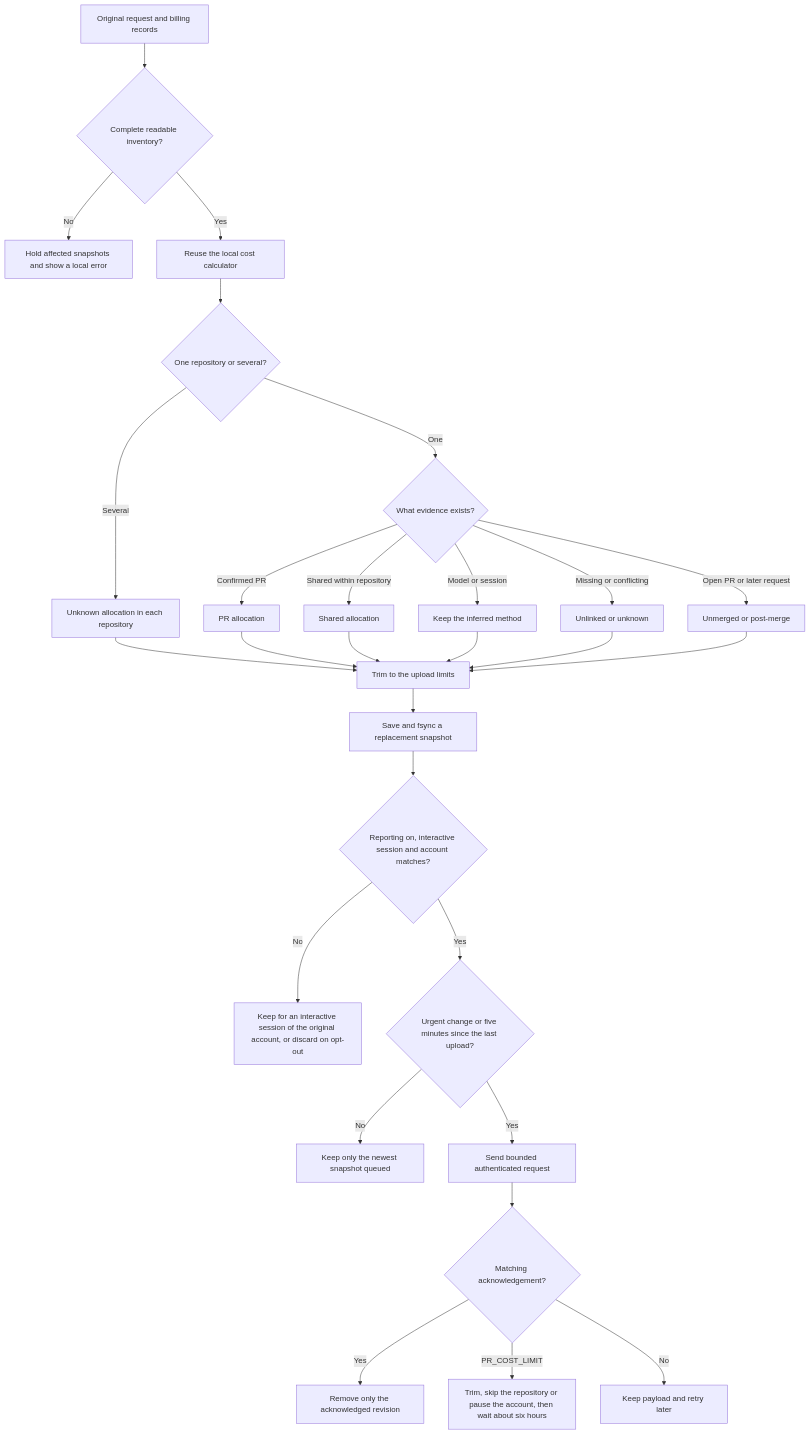
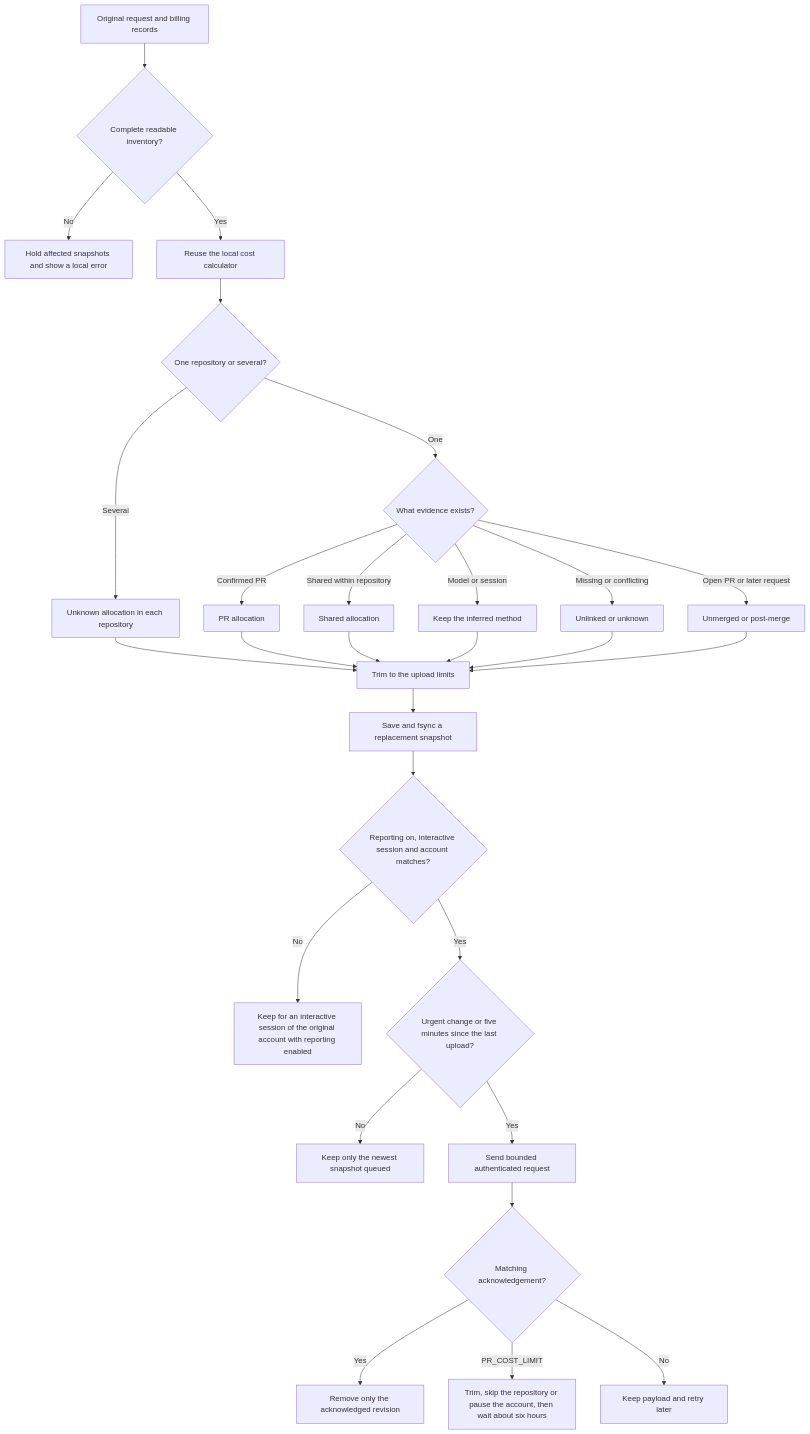
One commit to getkimchi/kimchi changed the first of 2 diagrams in docs/pr-cost-reporting.md. Above: the diagram before and after it, drawn with Mermaid. The commit also changed other lines of this file and 7 other files, not shown here.

````diff
--- a/docs/pr-cost-reporting.md
+++ b/docs/pr-cost-reporting.md
@@ -92,30 +92,30 @@
 ```mermaid
 flowchart TD
     A[Original request and billing records] --> B{Complete readable inventory?}
     B -- No --> Hold[Hold affected snapshots and show a local error]
     B -- Yes --> C[Reuse the local cost calculator]
     C --> D{One repository or several?}
     D -- Several --> U[Unknown allocation in each repository]
     D -- One --> E{What evidence exists?}
     E -- Confirmed PR --> PR[PR allocation]
     E -- Shared within repository --> Shared[Shared allocation]
     E -- Model or session --> Inferred[Keep the inferred method]
     E -- Missing or conflicting --> Unknown[Unlinked or unknown]
     E -- Open PR or later request --> Outside[Unmerged or post-merge]
     U --> Trim
     PR --> Trim
     Shared --> Trim
     Inferred --> Trim
     Unknown --> Trim
     Outside --> Trim[Trim to the upload limits]
     Trim --> Queue[Save and fsync a replacement snapshot]
     Queue --> Consent{Reporting on, interactive session and account matches?}
-    Consent -- No --> Wait[Keep for an interactive session of the original account, or discard on opt-out]
+    Consent -- No --> Wait[Keep for an interactive session of the original account with reporting enabled]
     Consent -- Yes --> Window{Urgent change or five minutes since the last upload?}
     Window -- No --> Later[Keep only the newest snapshot queued]
     Window -- Yes --> Send[Send bounded authenticated request]
     Send --> Ack{Matching acknowledgement?}
     Ack -- Yes --> Done[Remove only the acknowledged revision]
     Ack -- PR_COST_LIMIT --> Quota[Trim, skip the repository or pause the account, then wait about six hours]
     Ack -- No --> Retry[Keep payload and retry later]
 ```
````
